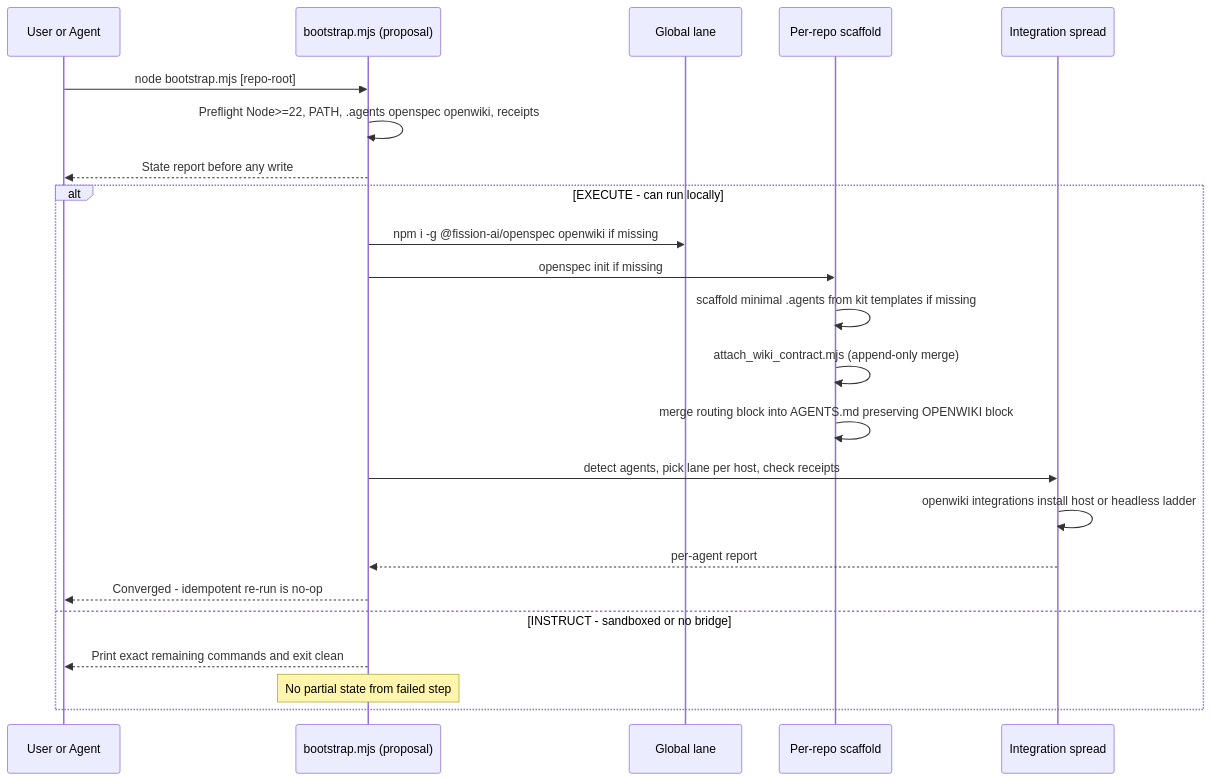
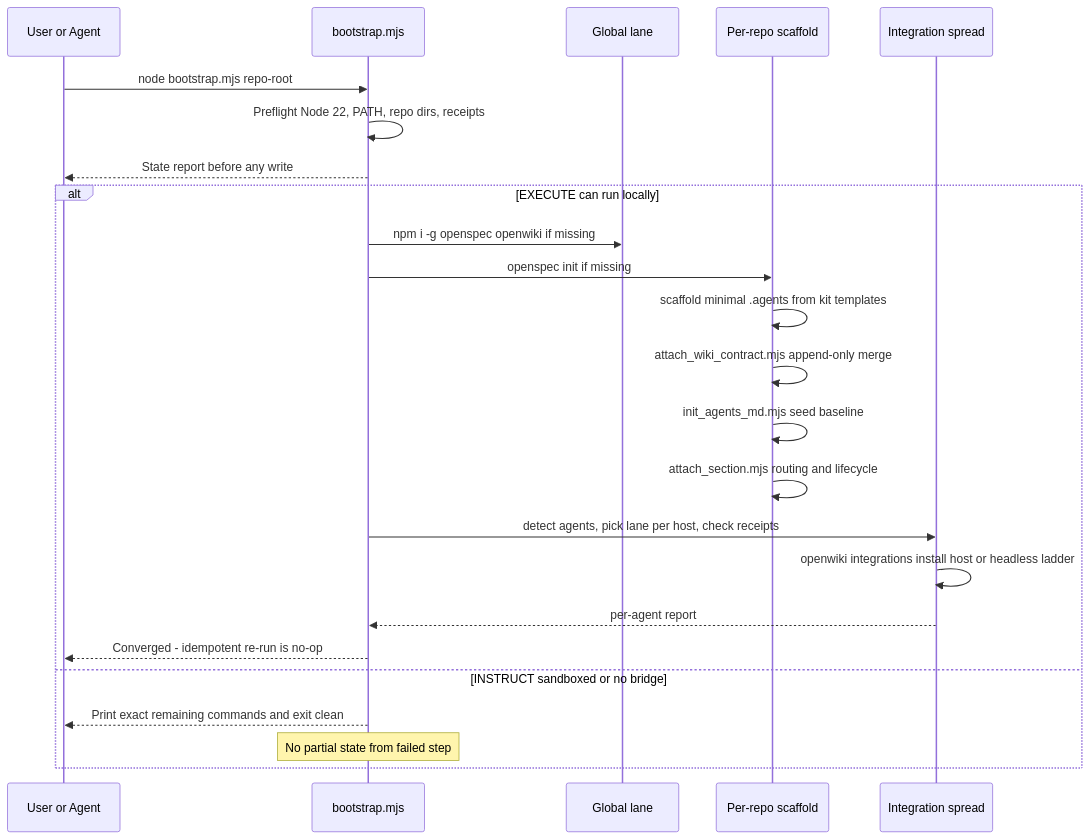
The first of 5 diagrams in openwiki/workflows/bootstrap-and-attachment.md (Hypercubed/Agent-Knowledge-Starter-Kit), drawn with Mermaid before and after one commit. The commit also changed other lines of this file and 175 other files, not shown here.

````diff
--- a/openwiki/workflows/bootstrap-and-attachment.md
+++ b/openwiki/workflows/bootstrap-and-attachment.md
@@ -78,26 +80,27 @@
 ```mermaid
 sequenceDiagram
   participant U as User or Agent
-  participant B as bootstrap.mjs (proposal)
+  participant B as bootstrap.mjs
   participant G as Global lane
   participant R as Per-repo scaffold
   participant S as Integration spread
 
-  U->>B: node bootstrap.mjs [repo-root]
-  B->>B: Preflight Node>=22, PATH, .agents openspec openwiki, receipts
+  U->>B: node bootstrap.mjs repo-root
+  B->>B: Preflight Node 22, PATH, repo dirs, receipts
   B-->>U: State report before any write
-  alt EXECUTE - can run locally
-    B->>G: npm i -g @fission-ai/openspec openwiki if missing
+  alt EXECUTE can run locally
+    B->>G: npm i -g openspec openwiki if missing
     B->>R: openspec init if missing
-    R->>R: scaffold minimal .agents from kit templates if missing
-    R->>R: attach_wiki_contract.mjs (append-only merge)
-    R->>R: merge routing block into AGENTS.md preserving OPENWIKI block
+    R->>R: scaffold minimal .agents from kit templates
+    R->>R: attach_wiki_contract.mjs append-only merge
+    R->>R: init_agents_md.mjs seed baseline
+    R->>R: attach_section.mjs routing and lifecycle
     B->>S: detect agents, pick lane per host, check receipts
     S->>S: openwiki integrations install host or headless ladder
     S-->>B: per-agent report
     B-->>U: Converged - idempotent re-run is no-op
-  else INSTRUCT - sandboxed or no bridge
+  else INSTRUCT sandboxed or no bridge
     B-->>U: Print exact remaining commands and exit clean
     Note over B: No partial state from failed step
   end
 ```
````
